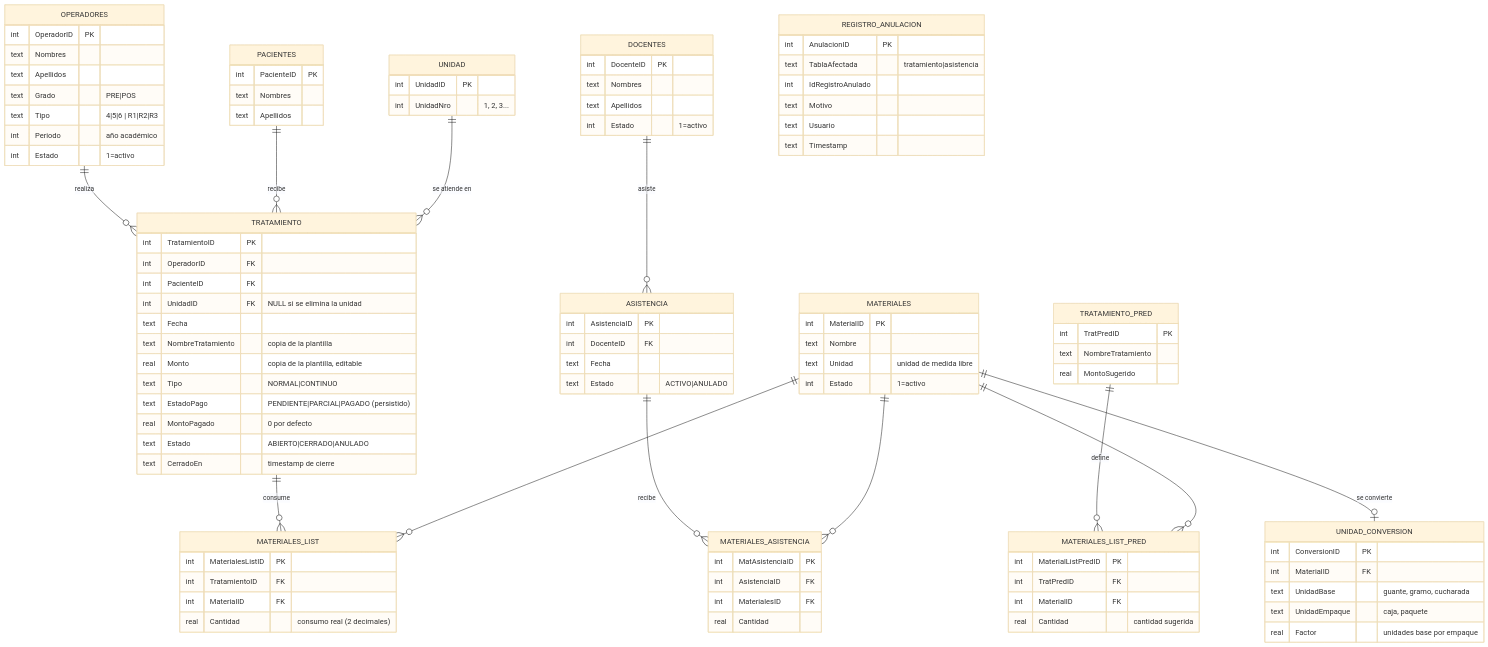
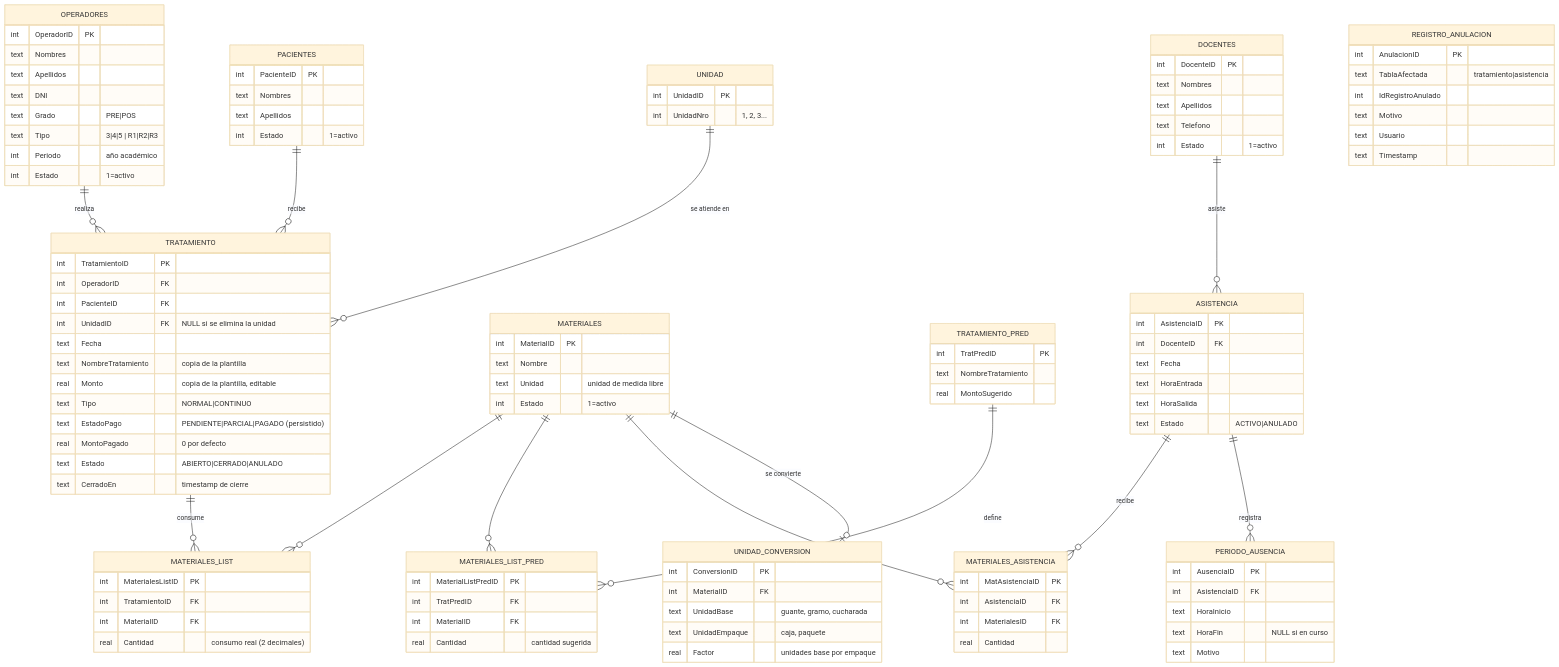
Before and after one commit to DiesmEsp/Formatos-Odontologia: the diagram in Docs/FormatosDB.mmd, drawn with Mermaid (base theme). The commit also changed 11 other files, not shown here.

```diff
--- a/Docs/FormatosDB.mmd
+++ b/Docs/FormatosDB.mmd
@@ -1,113 +1,127 @@
     erDiagram
         OPERADORES ||--o{ TRATAMIENTO : "realiza"
         PACIENTES ||--o{ TRATAMIENTO : "recibe"
         UNIDAD ||--o{ TRATAMIENTO : "se atiende en"
         TRATAMIENTO ||--o{ MATERIALES_LIST : "consume"
         MATERIALES ||--o{ MATERIALES_LIST : ""
         TRATAMIENTO_PRED ||--o{ MATERIALES_LIST_PRED : "define"
         MATERIALES ||--o{ MATERIALES_LIST_PRED : ""
         DOCENTES ||--o{ ASISTENCIA : "asiste"
         ASISTENCIA ||--o{ MATERIALES_ASISTENCIA : "recibe"
         MATERIALES ||--o{ MATERIALES_ASISTENCIA : ""
         MATERIALES ||--o| UNIDAD_CONVERSION : "se convierte"
+        ASISTENCIA ||--o{ PERIODO_AUSENCIA : "registra"
 
         OPERADORES {
             int OperadorID PK
             text Nombres
             text Apellidos
+            text DNI
             text Grado "PRE|POS"
-            text Tipo "4|5|6 | R1|R2|R3"
+            text Tipo "3|4|5 | R1|R2|R3"
             int Periodo "año académico"
             int Estado "1=activo"
         }
 
         PACIENTES {
             int PacienteID PK
             text Nombres
             text Apellidos
+            int Estado "1=activo"
         }
 
         DOCENTES {
             int DocenteID PK
             text Nombres
             text Apellidos
+            text Telefono
             int Estado "1=activo"
         }
 
         MATERIALES {
             int MaterialID PK
             text Nombre
             text Unidad "unidad de medida libre"
             int Estado "1=activo"
         }
 
         UNIDAD {
             int UnidadID PK
             int UnidadNro "1, 2, 3..."
         }
 
         TRATAMIENTO_PRED {
             int TratPredID PK
             text NombreTratamiento
             real MontoSugerido
         }
 
         MATERIALES_LIST_PRED {
             int MaterialListPredID PK
             int TratPredID FK
             int MaterialID FK
             real Cantidad "cantidad sugerida"
         }
 
         TRATAMIENTO {
             int TratamientoID PK
             int OperadorID FK
             int PacienteID FK
             int UnidadID FK "NULL si se elimina la unidad"
             text Fecha
             text NombreTratamiento "copia de la plantilla"
             real Monto "copia de la plantilla, editable"
             text Tipo "NORMAL|CONTINUO"
             text EstadoPago "PENDIENTE|PARCIAL|PAGADO (persistido)"
             real MontoPagado "0 por defecto"
             text Estado "ABIERTO|CERRADO|ANULADO"
             text CerradoEn "timestamp de cierre"
         }
 
         MATERIALES_LIST {
             int MaterialesListID PK
             int TratamientoID FK
             int MaterialID FK
             real Cantidad "consumo real (2 decimales)"
         }
 
         ASISTENCIA {
             int AsistenciaID PK
             int DocenteID FK
             text Fecha
+            text HoraEntrada
+            text HoraSalida
             text Estado "ACTIVO|ANULADO"
+        }
+
+        PERIODO_AUSENCIA {
+            int AusenciaID PK
+            int AsistenciaID FK
+            text HoraInicio
+            text HoraFin "NULL si en curso"
+            text Motivo
         }
 
         MATERIALES_ASISTENCIA {
             int MatAsistenciaID PK
             int AsistenciaID FK
             int MaterialesID FK
             real Cantidad
         }
 
         UNIDAD_CONVERSION {
             int ConversionID PK
             int MaterialID FK
             text UnidadBase "guante, gramo, cucharada"
             text UnidadEmpaque "caja, paquete"
             real Factor "unidades base por empaque"
         }
 
         REGISTRO_ANULACION {
             int AnulacionID PK
             text TablaAfectada "tratamiento|asistencia"
             int IdRegistroAnulado
             text Motivo
             text Usuario
             text Timestamp
         }
```
